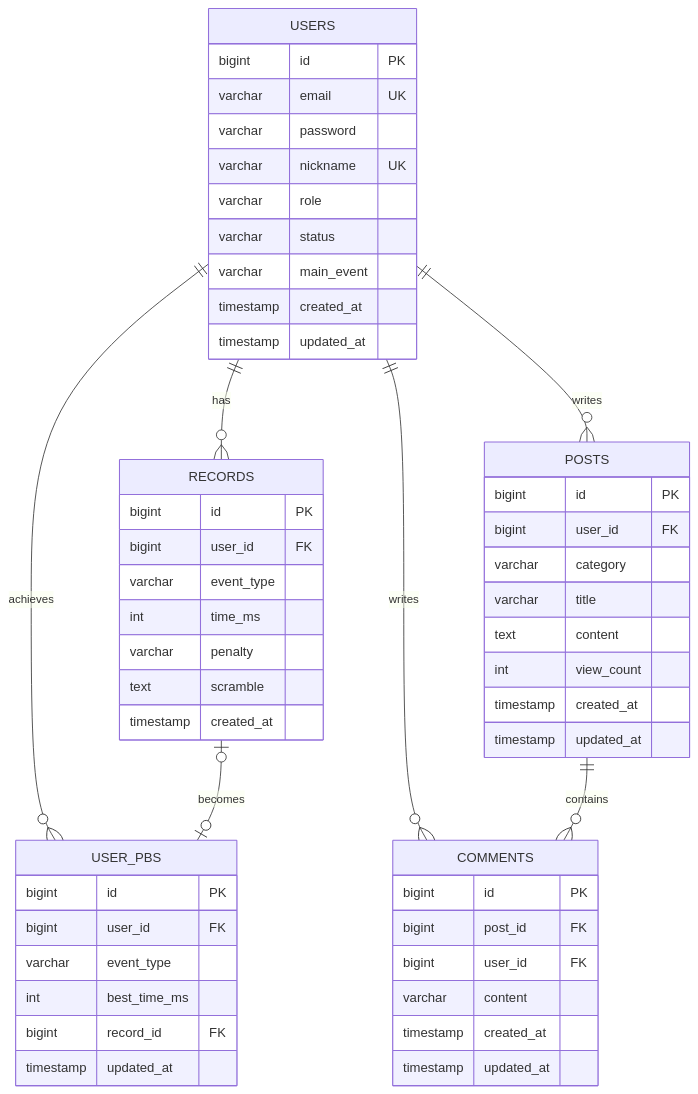
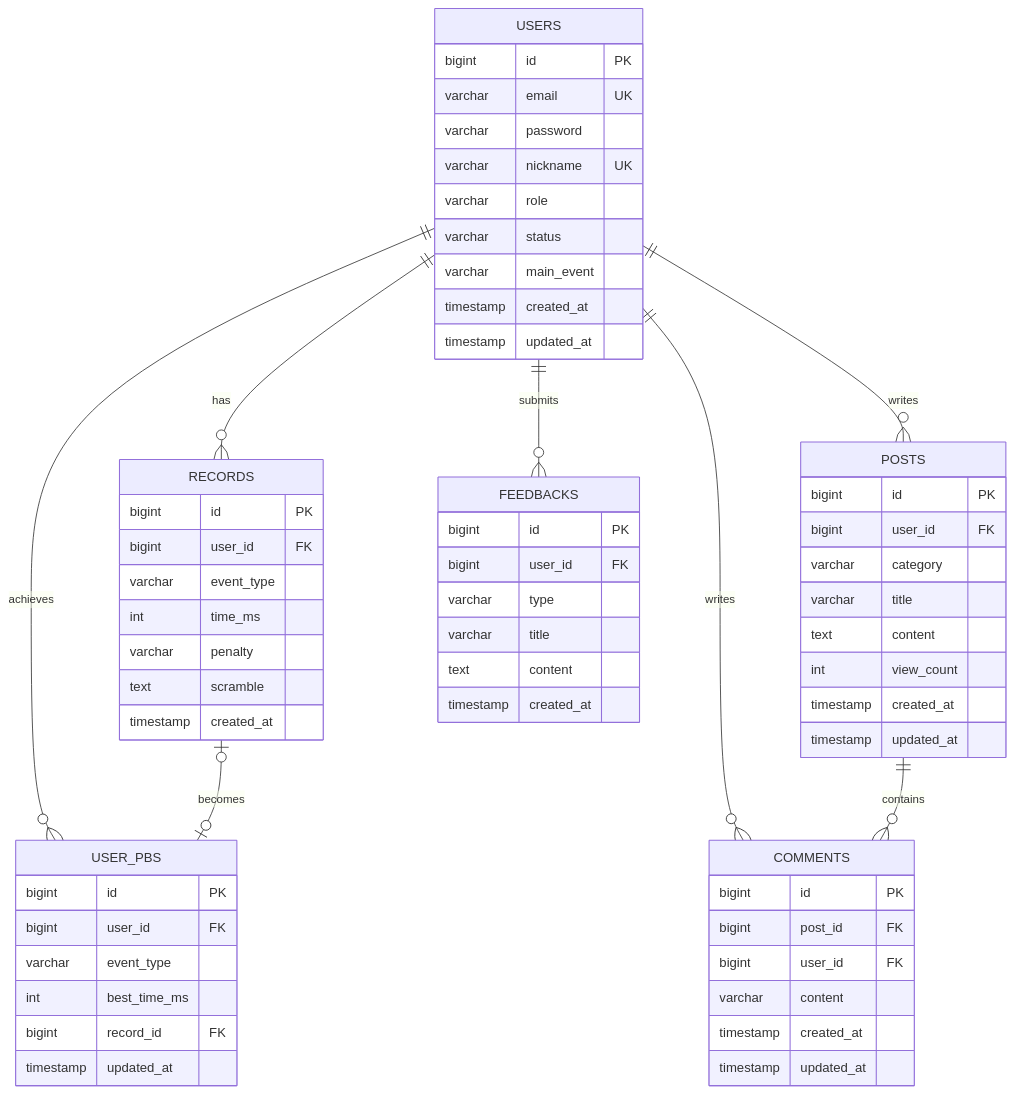
Before and after one commit to xxh3898/cubing-hub: the diagram in docs/ERD.md, drawn with Mermaid. The commit also changed other lines of this file and 1 other file, not shown here.

Commit message:
docs: 프론트엔드 목업 기반 PRD·ERD 동기화

````diff
--- a/docs/ERD.md
+++ b/docs/ERD.md
@@ -3,56 +3,65 @@
 ```mermaid
 erDiagram
     USERS ||--o{ RECORDS : "has"
     USERS ||--o{ USER_PBS : "achieves"
     USERS ||--o{ POSTS : "writes"
     USERS ||--o{ COMMENTS : "writes"
+    USERS ||--o{ FEEDBACKS : "submits"
     POSTS ||--o{ COMMENTS : "contains"
     RECORDS |o--o| USER_PBS : "becomes"
 
     USERS {
         bigint id PK
         varchar email UK
         varchar password
         varchar nickname UK
         varchar role
         varchar status
         varchar main_event
         timestamp created_at
         timestamp updated_at
     }
     RECORDS {
         bigint id PK
         bigint user_id FK
         varchar event_type
         int time_ms
         varchar penalty
         text scramble
         timestamp created_at
     }
     USER_PBS {
         bigint id PK
         bigint user_id FK
         varchar event_type
         int best_time_ms
         bigint record_id FK
         timestamp updated_at
     }
     POSTS {
         bigint id PK
         bigint user_id FK
         varchar category
         varchar title
         text content
         int view_count
         timestamp created_at
         timestamp updated_at
     }
     COMMENTS {
         bigint id PK
         bigint post_id FK
         bigint user_id FK
         varchar content
         timestamp created_at
         timestamp updated_at
     }
+    FEEDBACKS {
+        bigint id PK
+        bigint user_id FK
+        varchar type
+        varchar title
+        text content
+        timestamp created_at
+    }
 ```
````
